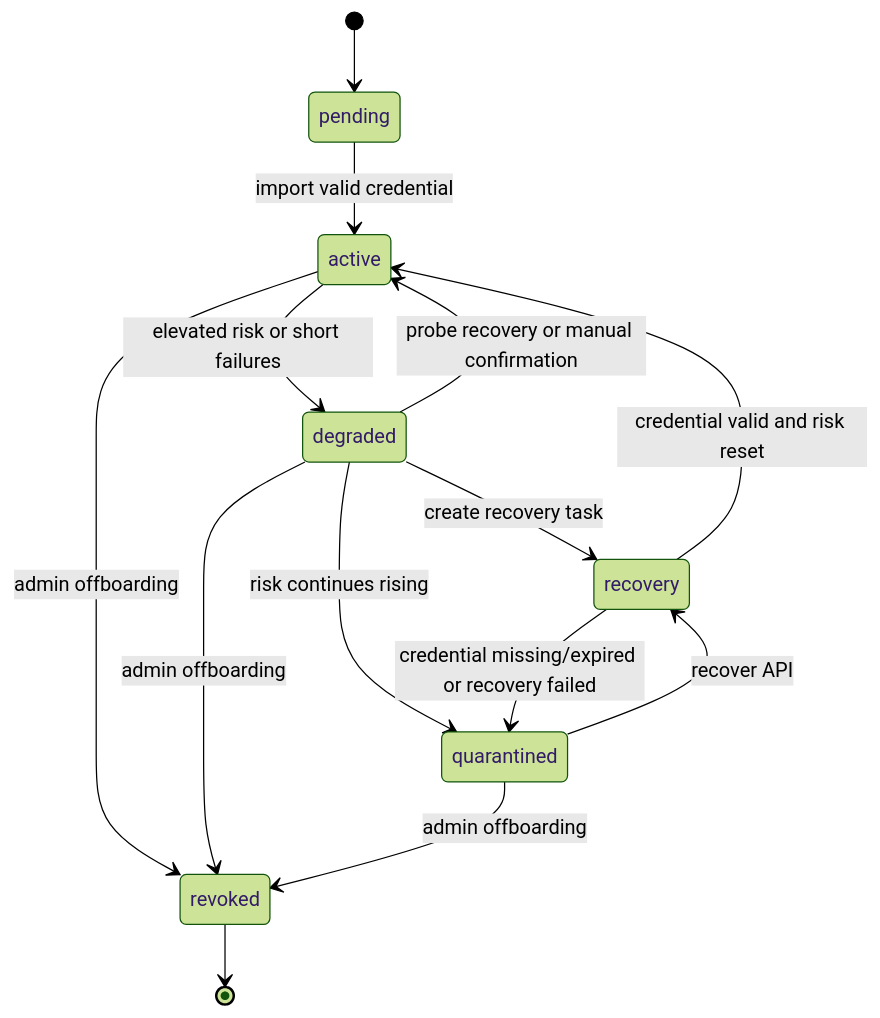
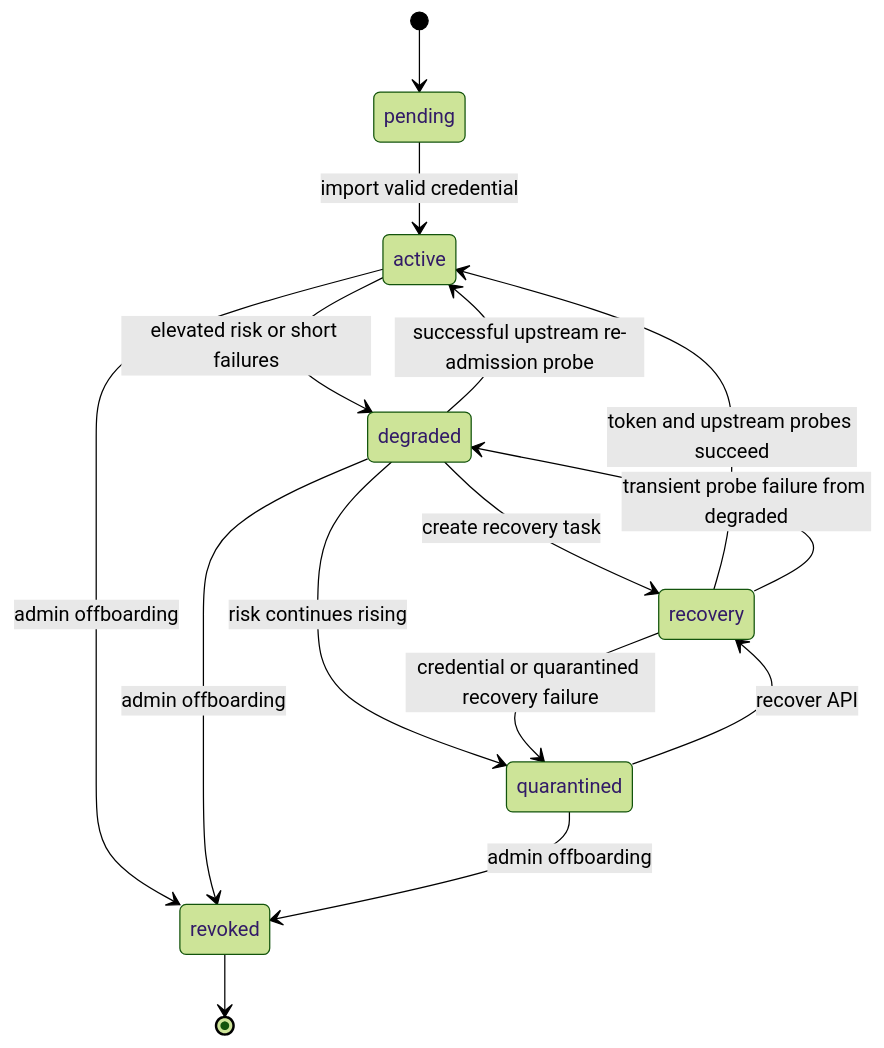
The fourth of 10 diagrams in docs/operations.en.md (pczhao1210/ghcp-pool-proxy), drawn with Mermaid (forest theme) before and after one commit. The commit also changed other lines of this file and 12 other files, not shown here.

````diff
--- a/docs/operations.en.md
+++ b/docs/operations.en.md
@@ -322,16 +320,17 @@
 ```mermaid
 stateDiagram-v2
   [*] --> pending
   pending --> active: import valid credential
   active --> degraded: elevated risk or short failures
   active --> revoked: admin offboarding
-  degraded --> active: probe recovery or manual confirmation
+  degraded --> active: successful upstream re-admission probe
   degraded --> recovery: create recovery task
   degraded --> quarantined: risk continues rising
   degraded --> revoked: admin offboarding
   quarantined --> recovery: recover API
   quarantined --> revoked: admin offboarding
-  recovery --> active: credential valid and risk reset
-  recovery --> quarantined: credential missing/expired or recovery failed
+  recovery --> active: token and upstream probes succeed
+  recovery --> degraded: transient probe failure from degraded
+  recovery --> quarantined: credential or quarantined recovery failure
   revoked --> [*]
 ```
````
